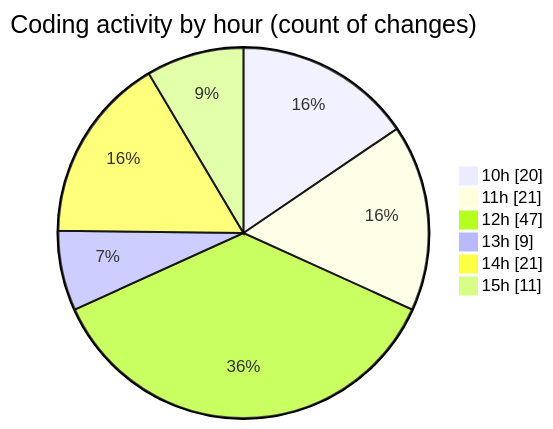
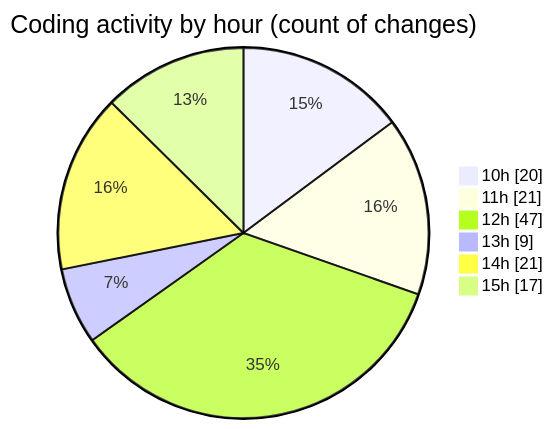
One commit to momahboobian/code-tracking changed the second of 2 diagrams in 2025-05-20/cda/README.md. Above: the diagram before and after it, drawn with Mermaid. The commit also changed other lines of this file and 1 other file, not shown here.

````diff
--- a/2025-05-20/cda/README.md
+++ b/2025-05-20/cda/README.md
@@ -49,10 +53,10 @@
 ```mermaid
 pie showData
 title Coding activity by hour (count of changes)
 "10h" : 20
 "11h" : 21
 "12h" : 47
 "13h" : 9
 "14h" : 21
-"15h" : 11
+"15h" : 17
 ```
````
